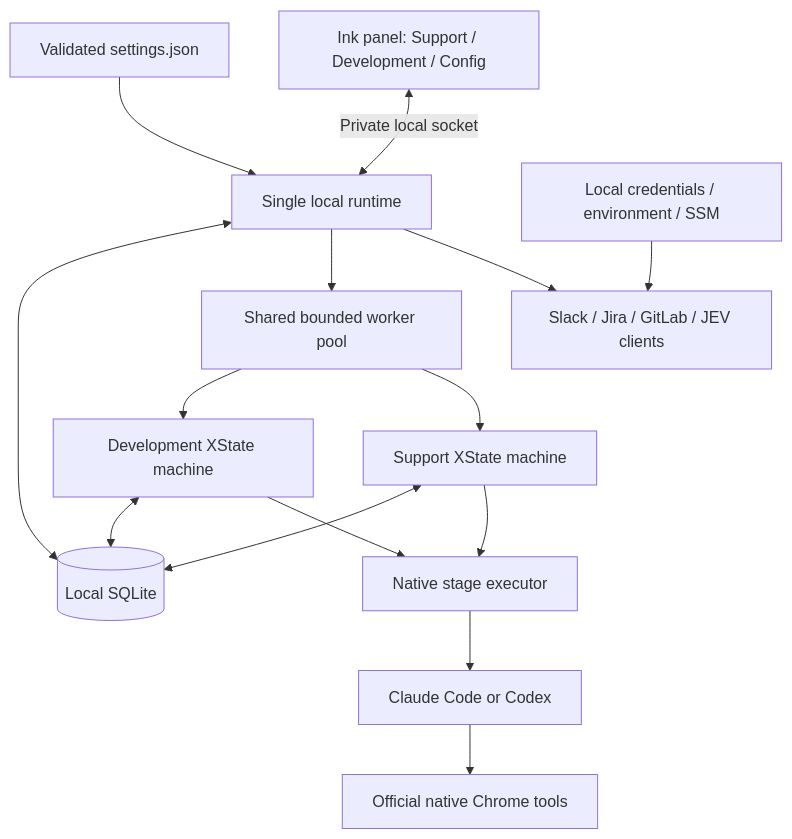
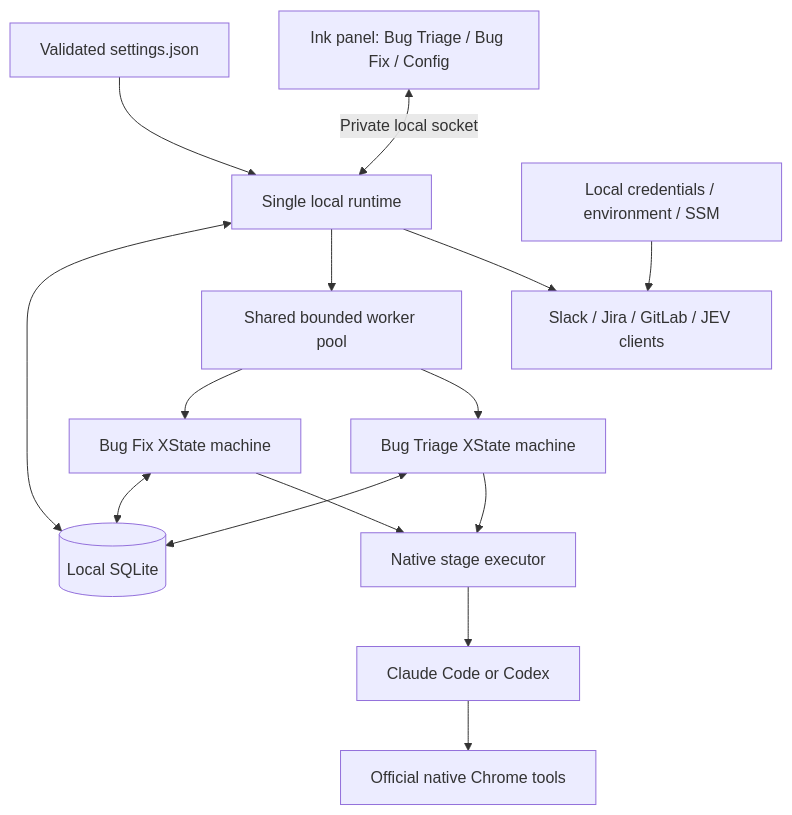
Before and after one commit to art-83/scabbers-cli: the first of 4 diagrams in README.md, drawn with Mermaid. The commit also changed other lines of this file and 5 other files, not shown here.

Commit message:
refactor: label bug workflows and track separate development mode

````diff
--- a/README.md
+++ b/README.md
@@ -79,17 +81,17 @@
 ```mermaid
 flowchart TD
-    Panel[Ink panel: Support / Development / Config] <-->|Private local socket| Runtime[Single local runtime]
+    Panel[Ink panel: Bug Triage / Bug Fix / Config] <-->|Private local socket| Runtime[Single local runtime]
     Settings[Validated settings.json] --> Runtime
     Credentials[Local credentials / environment / SSM] --> Clients[Slack / Jira / GitLab / JEV clients]
     Runtime --> Clients
     Runtime --> Pool[Shared bounded worker pool]
-    Pool --> Support[Support XState machine]
-    Pool --> Development[Development XState machine]
+    Pool --> Support[Bug Triage XState machine]
+    Pool --> Development[Bug Fix XState machine]
     Support --> Executor[Native stage executor]
     Development --> Executor
     Executor --> Engine[Claude Code or Codex]
     Engine --> Browser[Official native Chrome tools]
     Runtime <--> DB[(Local SQLite)]
     Support <--> DB
     Development <--> DB
 ```
````
